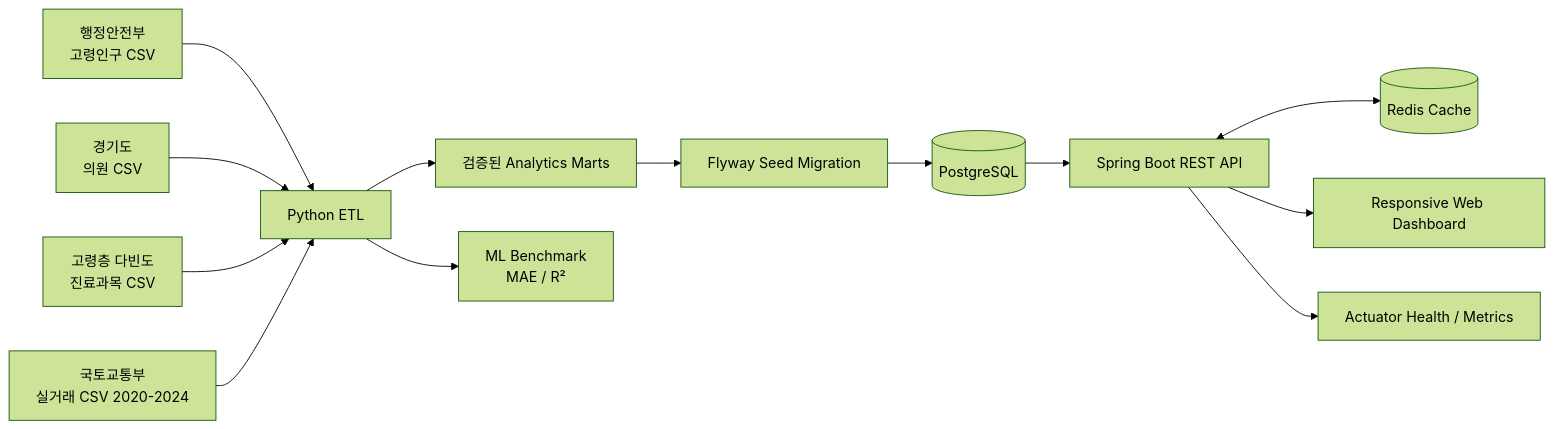
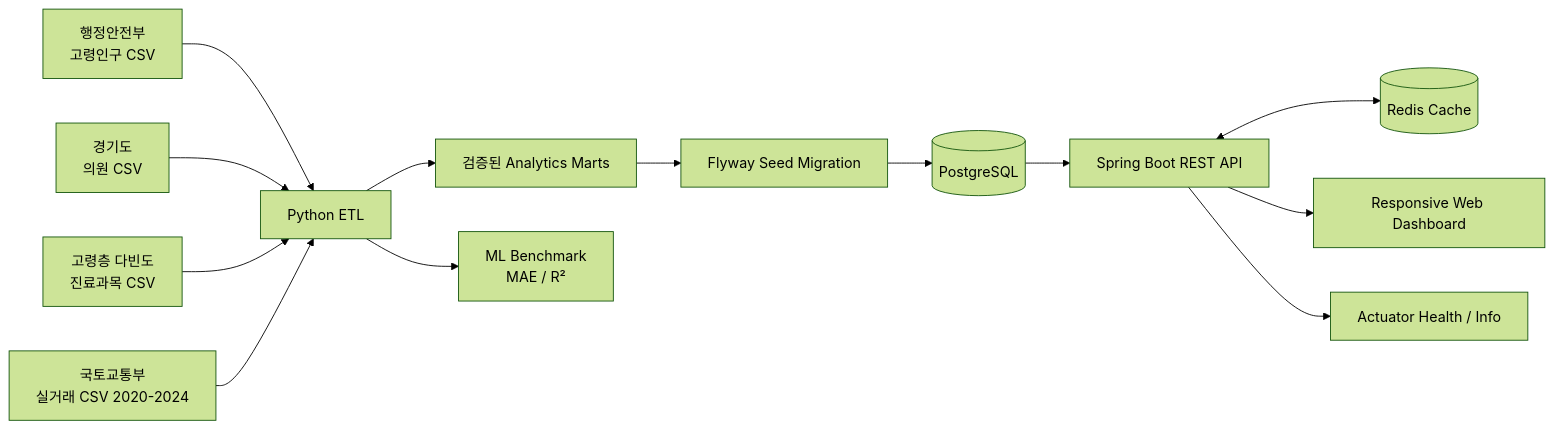
The diagram in docs/architecture.md (taeyoungk-dev/data_analysis), drawn with Mermaid (forest theme) before and after one commit. The commit also changed other lines of this file and 27 other files, not shown here.

````diff
--- a/docs/architecture.md
+++ b/docs/architecture.md
@@ -3,15 +3,15 @@
 ```mermaid
 flowchart LR
     A[행정안전부<br>고령인구 CSV] --> P[Python ETL]
     B[경기도<br>의원 CSV] --> P
     C[고령층 다빈도<br>진료과목 CSV] --> P
     H[국토교통부<br>실거래 CSV 2020-2024] --> P
     P --> D[검증된 Analytics Marts]
     P --> M[ML Benchmark<br>MAE / R²]
     D --> F[Flyway Seed Migration]
     F --> PG[(PostgreSQL)]
     PG --> S[Spring Boot REST API]
     S <--> R[(Redis Cache)]
     S --> W[Responsive Web Dashboard]
-    S --> O[Actuator Health / Metrics]
+    S --> O[Actuator Health / Info]
 ```
````
